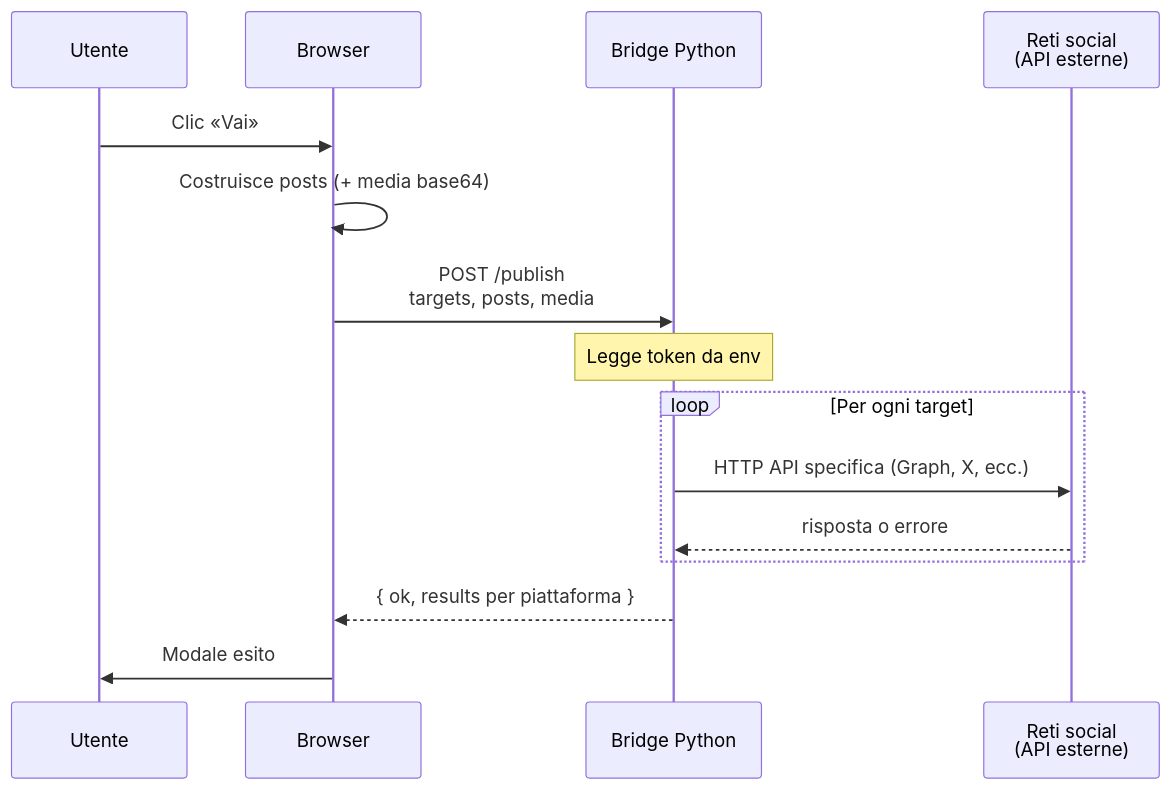
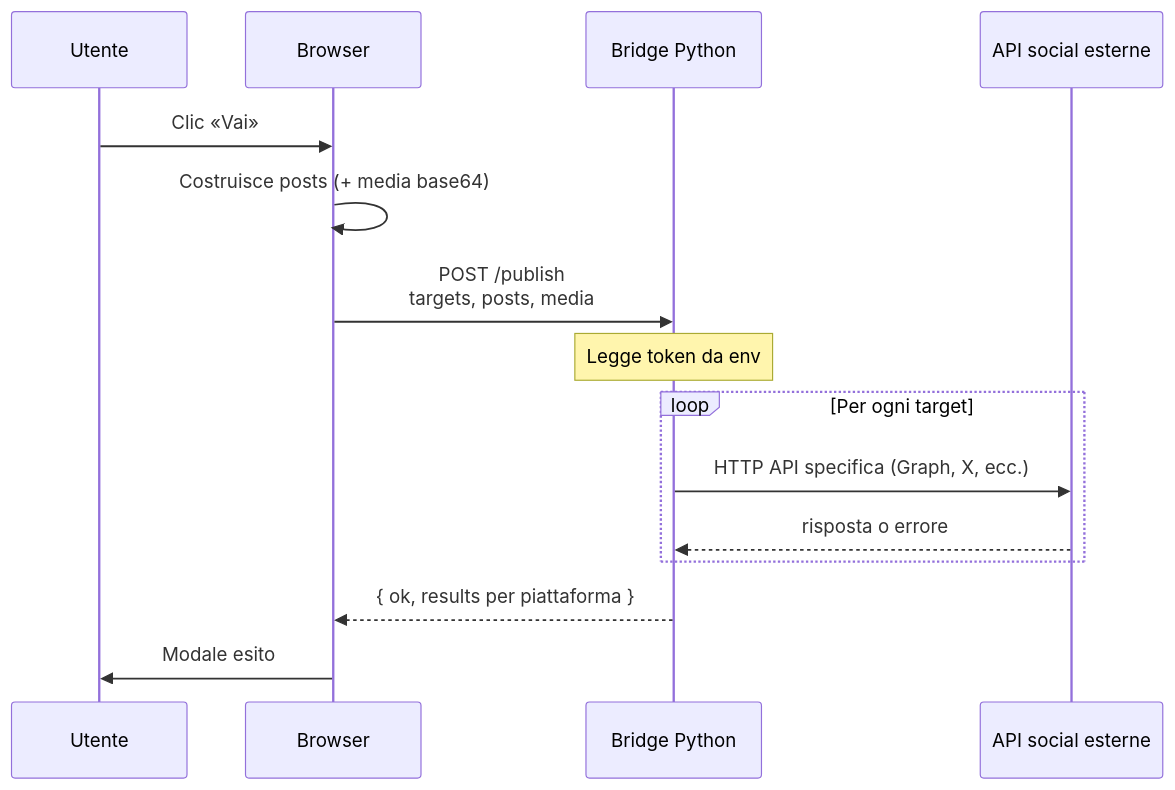
Before and after one commit to gsimonini70/plotino-ai: the second of 3 diagrams in docs/DIAGRAMS.md, drawn with Mermaid. The commit also changed other lines of this file, not shown here.

Commit message:
docs: simplify Mermaid participant labels for GitHub renderer

````diff
--- a/docs/DIAGRAMS.md
+++ b/docs/DIAGRAMS.md
@@ -30,18 +30,18 @@
 ```mermaid
 sequenceDiagram
     participant U as Utente
     participant B as Browser
     participant S as Bridge Python
-    participant N as Reti social<br/>(API esterne)
+    participant N as API social esterne
 
     U->>B: Clic «Vai»
     B->>B: Costruisce posts (+ media base64)
     B->>S: POST /publish<br/>targets, posts, media
     Note over S: Legge token da env
     loop Per ogni target
         S->>N: HTTP API specifica (Graph, X, ecc.)
         N-->>S: risposta o errore
     end
     S-->>B: { ok, results per piattaforma }
     B->>U: Modale esito
 ```
````
